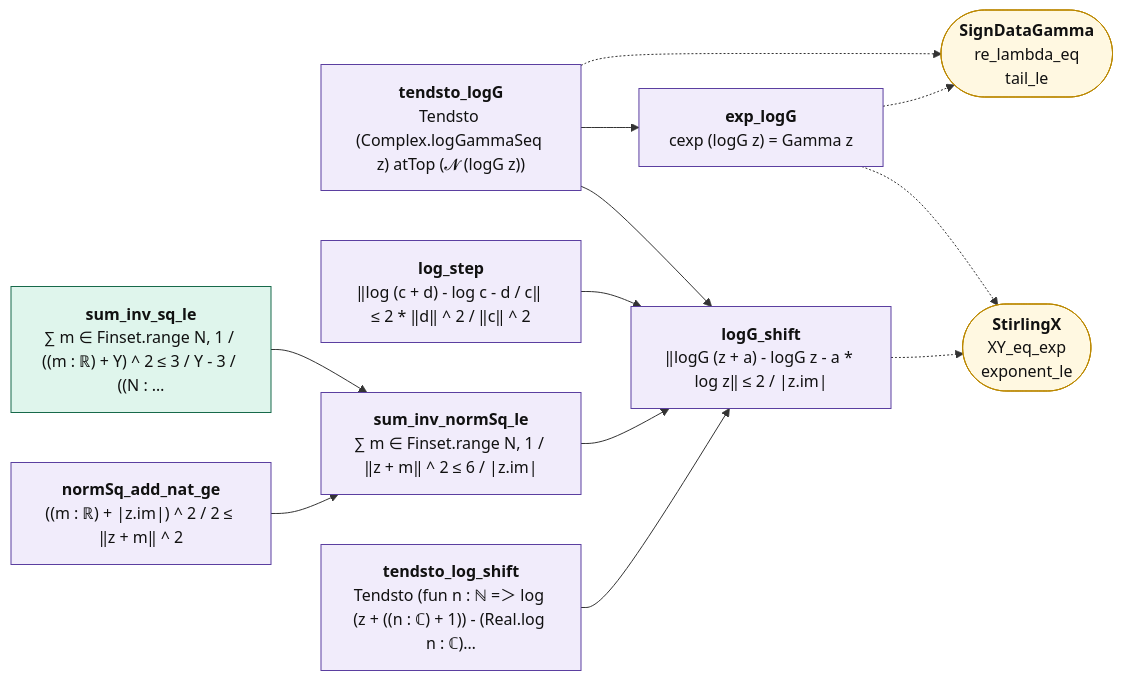
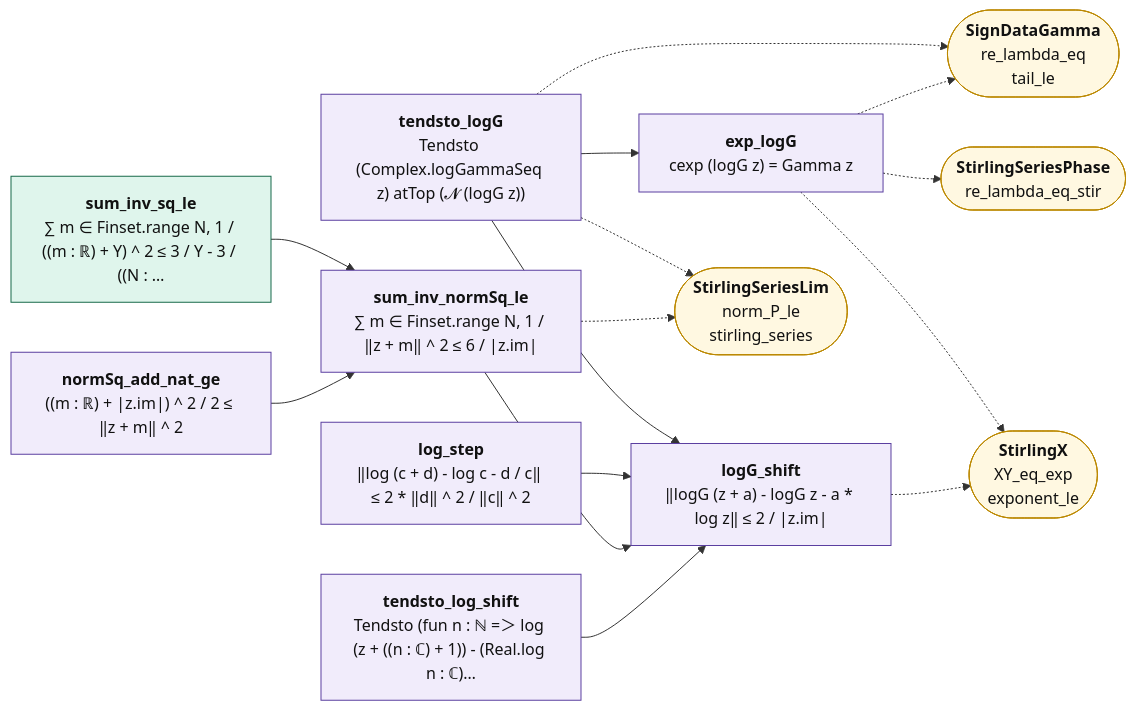
One commit to juliansambranojr/Primebeat_081426 changed the diagram in map/lean_stage3/StirlingLog.md. Above: the diagram before and after it, drawn with Mermaid. The commit also changed other lines of this file and 63 other files, not shown here.

````diff
--- a/map/lean_stage3/StirlingLog.md
+++ b/map/lean_stage3/StirlingLog.md
@@ -14,32 +14,37 @@
 ```mermaid
 flowchart LR
   n0["<b>tendsto_logG</b><br/>Tendsto (Complex.logGammaSeq z) atTop (𝓝 (logG z))"]:::shp
   n1["<b>exp_logG</b><br/>cexp (logG z) = Gamma z"]:::shp
   n2["<b>log_step</b><br/>‖log (c + d) - log c - d / c‖ ≤ 2 * ‖d‖ ^ 2 / ‖c‖ ^ 2"]:::shp
   n3["<b>sum_inv_sq_le</b><br/>∑ m ∈ Finset.range N, 1 / ((m : ℝ) + Y) ^ 2 ≤ 3 / Y - 3 / ((N : …"]:::cnt
   n4["<b>normSq_add_nat_ge</b><br/>((m : ℝ) + |z.im|) ^ 2 / 2 ≤ ‖z + m‖ ^ 2"]:::shp
   n5["<b>sum_inv_normSq_le</b><br/>∑ m ∈ Finset.range N, 1 / ‖z + m‖ ^ 2 ≤ 6 / |z.im|"]:::shp
   n6["<b>tendsto_log_shift</b><br/>Tendsto (fun n : ℕ =＞ log (z + ((n : ℂ) + 1)) - (Real.log n : ℂ)…"]:::shp
   n7["<b>logG_shift</b><br/>‖logG (z + a) - logG z - a * log z‖ ≤ 2 / |z.im|"]:::shp
   x0(["<b>SignDataGamma</b><br/>re_lambda_eq<br/>tail_le"]):::ext
-  x1(["<b>StirlingX</b><br/>XY_eq_exp<br/>exponent_le"]):::ext
+  x1(["<b>StirlingSeriesLim</b><br/>norm_P_le<br/>stirling_series"]):::ext
+  x2(["<b>StirlingSeriesPhase</b><br/>re_lambda_eq_stir"]):::ext
+  x3(["<b>StirlingX</b><br/>XY_eq_exp<br/>exponent_le"]):::ext
   n0 --> n1
   n0 --> n7
   n2 --> n7
   n3 --> n5
   n4 --> n5
   n5 --> n7
   n6 --> n7
   n0 -.-> x0
+  n0 -.-> x1
   n1 -.-> x0
-  n1 -.-> x1
-  n7 -.-> x1
+  n1 -.-> x2
+  n1 -.-> x3
+  n5 -.-> x1
+  n7 -.-> x3
   classDef cnt fill:#dff5ec,stroke:#17694a,color:#111
   classDef shp fill:#f1ecfb,stroke:#5b3fa0,color:#111
   classDef rh fill:#ffe5e5,stroke:#c22,color:#111,stroke-width:2px
   classDef thm fill:#eef4ff,stroke:#335,color:#111
   classDef end_ fill:#e7f7e7,stroke:#2a7,color:#111,stroke-width:2px
   classDef lone fill:#fff,stroke:#999,color:#111,stroke-dasharray:4 3
   classDef bad fill:#ffe5e5,stroke:#c22,color:#111,stroke-width:2px
   classDef ext fill:#fff8e1,stroke:#b80,color:#111
 ```
````
